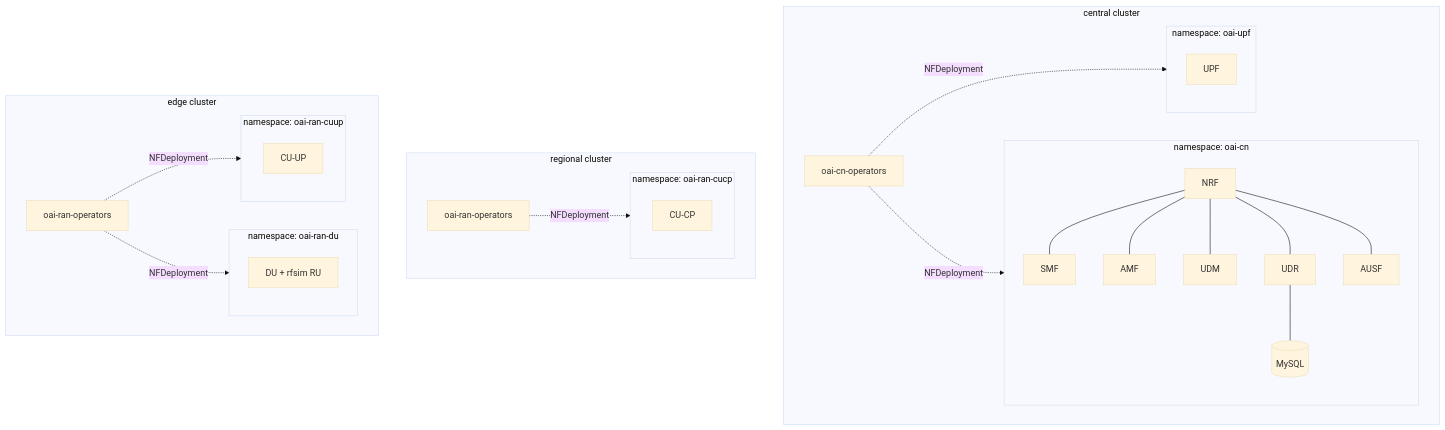
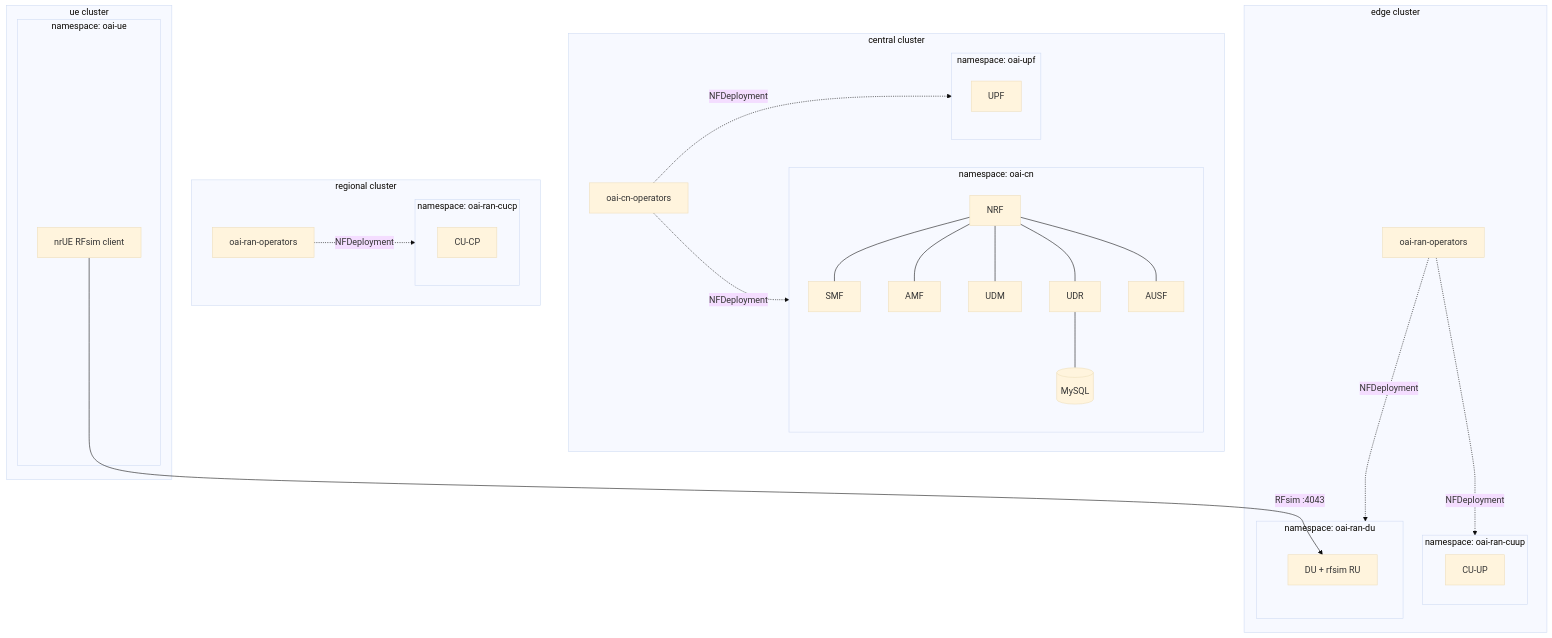
One commit to FCCLab/INA-Infra changed the first of 4 diagrams in docs/oai.md. Above: the diagram before and after it, drawn with Mermaid (base theme). The commit also changed other lines of this file and 16 other files, not shown here.

````diff
--- a/docs/oai.md
+++ b/docs/oai.md
@@ -92,48 +101,56 @@
 ```mermaid
 flowchart TB
   subgraph central["central cluster"]
     subgraph oai_cn["namespace: oai-cn"]
       NRF[NRF]
       AMF[AMF]
       SMF[SMF]
       UDM[UDM]
       UDR[UDR]
       AUSF[AUSF]
       MYSQL[(MySQL)]
     end
     subgraph oai_upf["namespace: oai-upf"]
       UPF[UPF]
     end
     OPS_CN[oai-cn-operators]
   end
 
   subgraph regional["regional cluster"]
     subgraph oai_cucp["namespace: oai-ran-cucp"]
       CUCP[CU-CP]
     end
     OPS_RAN_R[oai-ran-operators]
   end
 
   subgraph edge["edge cluster"]
     subgraph oai_du["namespace: oai-ran-du"]
       DU[DU + rfsim RU]
     end
     subgraph oai_cuup["namespace: oai-ran-cuup"]
       CUUP[CU-UP]
     end
     OPS_RAN_E[oai-ran-operators]
   end
 
+  subgraph ue["ue cluster"]
+    subgraph oai_ue["namespace: oai-ue"]
+      NRUE[nrUE RFsim client]
+    end
+  end
+
   OPS_CN -.->|NFDeployment| oai_cn
   OPS_CN -.->|NFDeployment| oai_upf
   OPS_RAN_R -.->|NFDeployment| oai_cucp
   OPS_RAN_E -.->|NFDeployment| oai_du
   OPS_RAN_E -.->|NFDeployment| oai_cuup
+
+  NRUE -->|"RFsim :4043"| DU
 
   NRF --- SMF
   NRF --- AMF
   NRF --- UDM
   NRF --- UDR
   NRF --- AUSF
   UDR --- MYSQL
 ```
````
